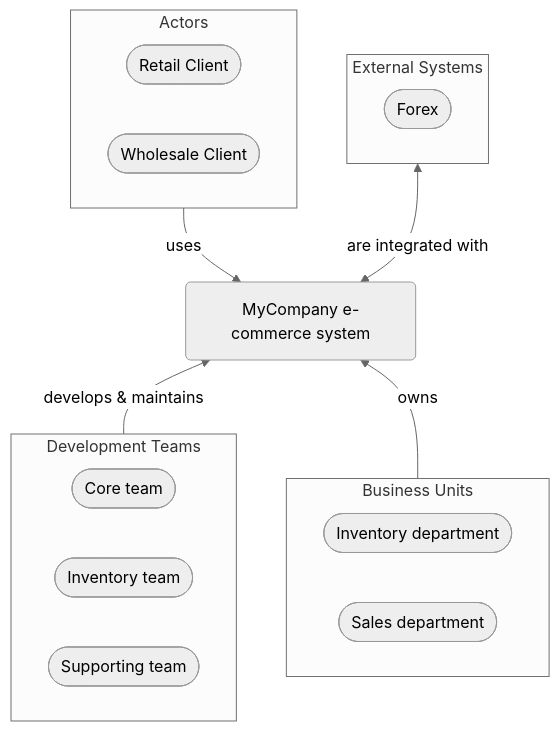
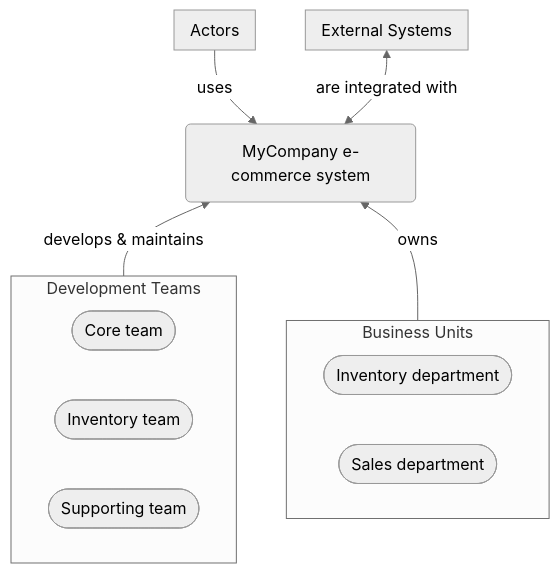
The diagram in Docs/P3/MermaidOutput/README.md (itlibrium/DDD-starter-dotnet), drawn with Mermaid (neutral theme) before and after one commit. The commit also changed 119 other files, not shown here.

````diff
--- a/Docs/P3/MermaidOutput/README.md
+++ b/Docs/P3/MermaidOutput/README.md
@@ -11,32 +11,29 @@
 ```mermaid
   flowchart TB
     0(MyCompany e-commerce system)
     subgraph 1["Actors"]
-      2([Retail Client])
-      3([Wholesale Client])
     end
     1-->|uses|0
-    subgraph 4["External Systems"]
-      5([Forex])
+    subgraph 2["External Systems"]
     end
-    4<-->|are integrated with|0
-    subgraph 6["Development Teams"]
-      7([Core team])
-      8([Inventory team])
-      9([Supporting team])
+    2<-->|are integrated with|0
+    subgraph 3["Development Teams"]
+      4([Core team])
+      5([Inventory team])
+      6([Supporting team])
     end
-    0---6
-    6-->|develops & maintains|0
-    6---0
-    subgraph 10["Business Units"]
-      11([Inventory department])
-      12([Sales department])
+    0---3
+    3-->|develops & maintains|0
+    3---0
+    subgraph 7["Business Units"]
+      8([Inventory department])
+      9([Sales department])
     end
-    0---10
-    10-->|owns|0
-    10---0
+    0---7
+    7-->|owns|0
+    7---0
     linkStyle 2,4,5,7 stroke:none
     classDef DomainPerspective stroke:#009900
     classDef TechnologyPerspective stroke:#1F41EB
     classDef PeoplePerspective stroke:#FFF014
 ```
````
